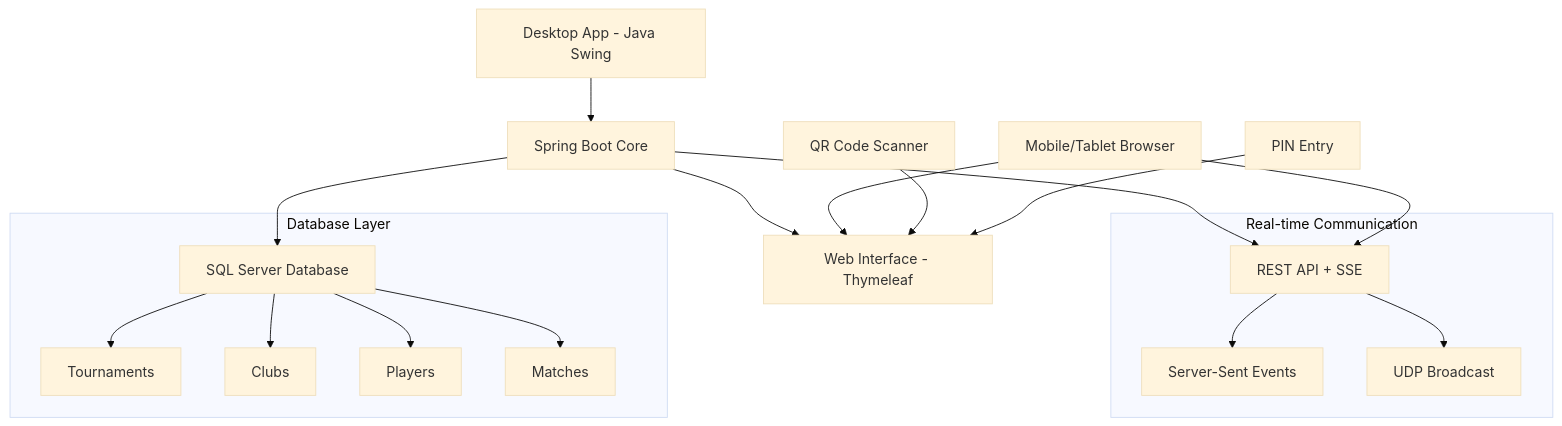
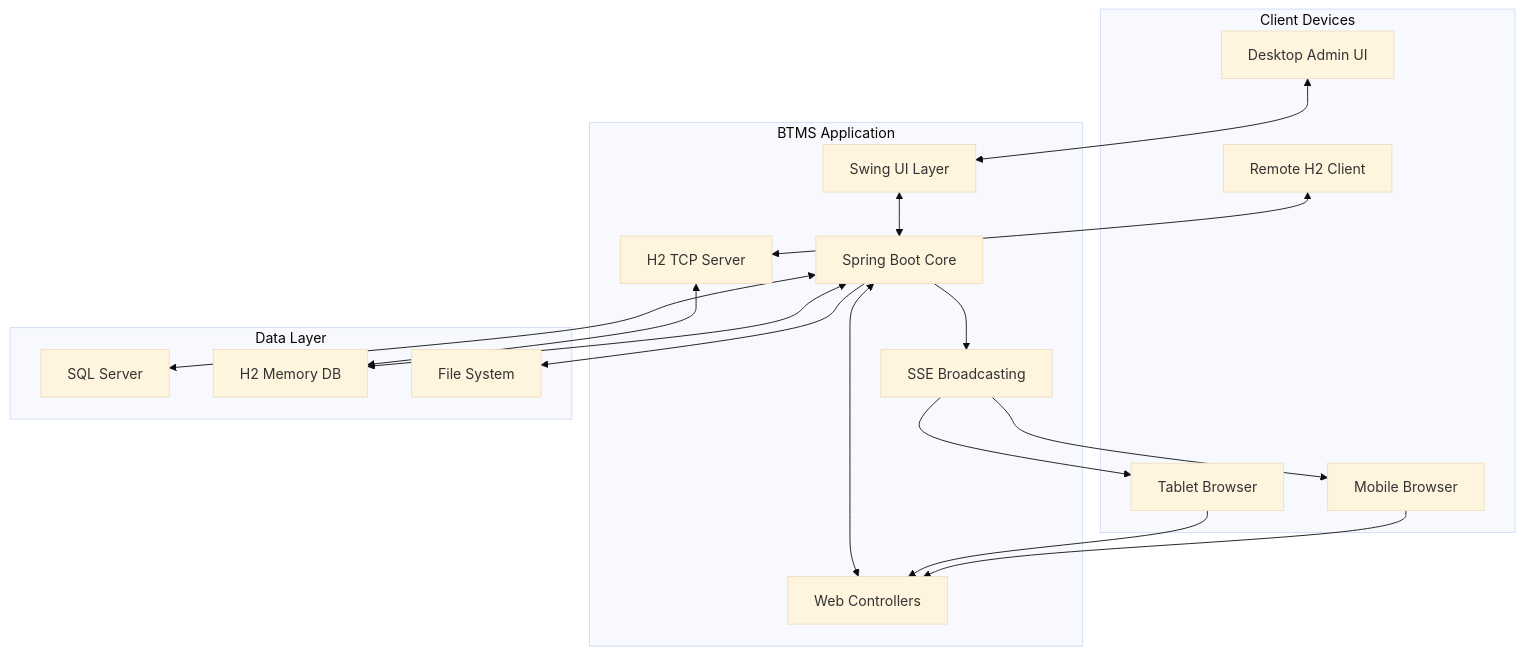
One commit to NguyenHau-IT/BADMINTON_TUORNAMENT_MANAGEMENT_SYSTEM changed the diagram in README.md. Above: the diagram before and after it, drawn with Mermaid (base theme). The commit also changed other lines of this file and 518 other files, not shown here.

````diff
--- a/README.md
+++ b/README.md
@@ -63,25 +145,37 @@
 ```mermaid
 graph TB
-    A[Desktop App - Java Swing] --> B[Spring Boot Core]
-    B --> C[Web Interface - Thymeleaf]
-    B --> D[REST API + SSE]
-    B --> E[SQL Server Database]
-    
-    F[Mobile/Tablet Browser] --> C
-    F --> D
-    
-    G[QR Code Scanner] --> C
-    H[PIN Entry] --> C
-    
-    subgraph "Real-time Communication"
-        D --> I[Server-Sent Events]
-        D --> J[UDP Broadcast]
+    subgraph "Client Devices"
+        A[Desktop Admin UI]
+        B[Mobile Browser]
+        C[Tablet Browser]
+        D[Remote H2 Client]
     end
-    
-    subgraph "Database Layer"
-        E --> K[Tournaments]
-        E --> L[Clubs]
-        E --> M[Players]
-        E --> N[Matches]
+
+    subgraph "BTMS Application"
+        E[Spring Boot Core]
+        F[Swing UI Layer]
+        G[Web Controllers]
+        H[SSE Broadcasting]
+        I[H2 TCP Server]
     end
+
+    subgraph "Data Layer"
+        J[SQL Server]
+        K[H2 Memory DB]
+        L[File System]
+    end
+
+    A <--> F
+    F <--> E
+    B --> G
+    C --> G
+    G <--> E
+    E --> H
+    H --> B
+    H --> C
+    D <--> I
+    E <--> J
+    E <--> K
+    I <--> K
+    E --> L
 ```
````
